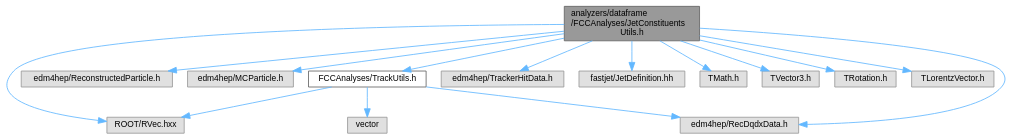
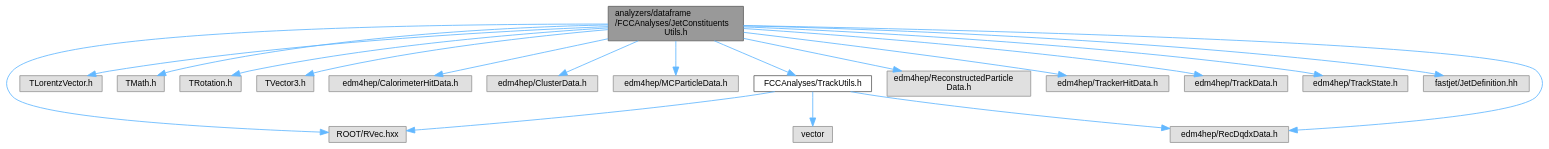
The diagram in doc/latest/JetConstituentsUtils_8h__incl.dot (HEP-FCC/FCCAnalyses), drawn with Graphviz before and after one commit. The commit also changed 11 other files, not shown here.

```diff
--- a/doc/latest/JetConstituentsUtils_8h__incl.dot
+++ b/doc/latest/JetConstituentsUtils_8h__incl.dot
@@ -1,34 +1,42 @@
 digraph "analyzers/dataframe/FCCAnalyses/JetConstituentsUtils.h"
 {
  // LATEX_PDF_SIZE
   bgcolor="transparent";
   edge [fontname=Helvetica,fontsize=10,labelfontname=Helvetica,labelfontsize=10];
   node [fontname=Helvetica,fontsize=10,shape=box,height=0.2,width=0.4];
   Node1 [id="Node000001",label="analyzers/dataframe\l/FCCAnalyses/JetConstituents\lUtils.h",height=0.2,width=0.4,color="gray40", fillcolor="grey60", style="filled", fontcolor="black",tooltip=" "];
   Node1 -> Node2 [id="edge1_Node000001_Node000002",color="steelblue1",style="solid",tooltip=" "];
   Node2 [id="Node000002",label="ROOT/RVec.hxx",height=0.2,width=0.4,color="grey60", fillcolor="#E0E0E0", style="filled",tooltip=" "];
   Node1 -> Node3 [id="edge2_Node000001_Node000003",color="steelblue1",style="solid",tooltip=" "];
-  Node3 [id="Node000003",label="edm4hep/ReconstructedParticle.h",height=0.2,width=0.4,color="grey60", fillcolor="#E0E0E0", style="filled",tooltip=" "];
+  Node3 [id="Node000003",label="TLorentzVector.h",height=0.2,width=0.4,color="grey60", fillcolor="#E0E0E0", style="filled",tooltip=" "];
   Node1 -> Node4 [id="edge3_Node000001_Node000004",color="steelblue1",style="solid",tooltip=" "];
-  Node4 [id="Node000004",label="edm4hep/MCParticle.h",height=0.2,width=0.4,color="grey60", fillcolor="#E0E0E0", style="filled",tooltip=" "];
+  Node4 [id="Node000004",label="TMath.h",height=0.2,width=0.4,color="grey60", fillcolor="#E0E0E0", style="filled",tooltip=" "];
   Node1 -> Node5 [id="edge4_Node000001_Node000005",color="steelblue1",style="solid",tooltip=" "];
-  Node5 [id="Node000005",label="edm4hep/RecDqdxData.h",height=0.2,width=0.4,color="grey60", fillcolor="#E0E0E0", style="filled",tooltip=" "];
+  Node5 [id="Node000005",label="TRotation.h",height=0.2,width=0.4,color="grey60", fillcolor="#E0E0E0", style="filled",tooltip=" "];
   Node1 -> Node6 [id="edge5_Node000001_Node000006",color="steelblue1",style="solid",tooltip=" "];
-  Node6 [id="Node000006",label="edm4hep/TrackerHitData.h",height=0.2,width=0.4,color="grey60", fillcolor="#E0E0E0", style="filled",tooltip=" "];
+  Node6 [id="Node000006",label="TVector3.h",height=0.2,width=0.4,color="grey60", fillcolor="#E0E0E0", style="filled",tooltip=" "];
   Node1 -> Node7 [id="edge6_Node000001_Node000007",color="steelblue1",style="solid",tooltip=" "];
-  Node7 [id="Node000007",label="fastjet/JetDefinition.hh",height=0.2,width=0.4,color="grey60", fillcolor="#E0E0E0", style="filled",tooltip=" "];
+  Node7 [id="Node000007",label="edm4hep/CalorimeterHitData.h",height=0.2,width=0.4,color="grey60", fillcolor="#E0E0E0", style="filled",tooltip=" "];
   Node1 -> Node8 [id="edge7_Node000001_Node000008",color="steelblue1",style="solid",tooltip=" "];
-  Node8 [id="Node000008",label="TMath.h",height=0.2,width=0.4,color="grey60", fillcolor="#E0E0E0", style="filled",tooltip=" "];
+  Node8 [id="Node000008",label="edm4hep/ClusterData.h",height=0.2,width=0.4,color="grey60", fillcolor="#E0E0E0", style="filled",tooltip=" "];
   Node1 -> Node9 [id="edge8_Node000001_Node000009",color="steelblue1",style="solid",tooltip=" "];
-  Node9 [id="Node000009",label="TVector3.h",height=0.2,width=0.4,color="grey60", fillcolor="#E0E0E0", style="filled",tooltip=" "];
+  Node9 [id="Node000009",label="edm4hep/MCParticleData.h",height=0.2,width=0.4,color="grey60", fillcolor="#E0E0E0", style="filled",tooltip=" "];
   Node1 -> Node10 [id="edge9_Node000001_Node000010",color="steelblue1",style="solid",tooltip=" "];
-  Node10 [id="Node000010",label="TRotation.h",height=0.2,width=0.4,color="grey60", fillcolor="#E0E0E0", style="filled",tooltip=" "];
+  Node10 [id="Node000010",label="edm4hep/RecDqdxData.h",height=0.2,width=0.4,color="grey60", fillcolor="#E0E0E0", style="filled",tooltip=" "];
   Node1 -> Node11 [id="edge10_Node000001_Node000011",color="steelblue1",style="solid",tooltip=" "];
-  Node11 [id="Node000011",label="TLorentzVector.h",height=0.2,width=0.4,color="grey60", fillcolor="#E0E0E0", style="filled",tooltip=" "];
+  Node11 [id="Node000011",label="edm4hep/ReconstructedParticle\lData.h",height=0.2,width=0.4,color="grey60", fillcolor="#E0E0E0", style="filled",tooltip=" "];
   Node1 -> Node12 [id="edge11_Node000001_Node000012",color="steelblue1",style="solid",tooltip=" "];
-  Node12 [id="Node000012",label="FCCAnalyses/TrackUtils.h",height=0.2,width=0.4,color="grey40", fillcolor="white", style="filled",URL="$TrackUtils_8h.html",tooltip=" "];
-  Node12 -> Node13 [id="edge12_Node000012_Node000013",color="steelblue1",style="solid",tooltip=" "];
-  Node13 [id="Node000013",label="vector",height=0.2,width=0.4,color="grey60", fillcolor="#E0E0E0", style="filled",tooltip=" "];
-  Node12 -> Node2 [id="edge13_Node000012_Node000002",color="steelblue1",style="solid",tooltip=" "];
-  Node12 -> Node5 [id="edge14_Node000012_Node000005",color="steelblue1",style="solid",tooltip=" "];
+  Node12 [id="Node000012",label="edm4hep/TrackerHitData.h",height=0.2,width=0.4,color="grey60", fillcolor="#E0E0E0", style="filled",tooltip=" "];
+  Node1 -> Node13 [id="edge12_Node000001_Node000013",color="steelblue1",style="solid",tooltip=" "];
+  Node13 [id="Node000013",label="edm4hep/TrackData.h",height=0.2,width=0.4,color="grey60", fillcolor="#E0E0E0", style="filled",tooltip=" "];
+  Node1 -> Node14 [id="edge13_Node000001_Node000014",color="steelblue1",style="solid",tooltip=" "];
+  Node14 [id="Node000014",label="edm4hep/TrackState.h",height=0.2,width=0.4,color="grey60", fillcolor="#E0E0E0", style="filled",tooltip=" "];
+  Node1 -> Node15 [id="edge14_Node000001_Node000015",color="steelblue1",style="solid",tooltip=" "];
+  Node15 [id="Node000015",label="fastjet/JetDefinition.hh",height=0.2,width=0.4,color="grey60", fillcolor="#E0E0E0", style="filled",tooltip=" "];
+  Node1 -> Node16 [id="edge15_Node000001_Node000016",color="steelblue1",style="solid",tooltip=" "];
+  Node16 [id="Node000016",label="FCCAnalyses/TrackUtils.h",height=0.2,width=0.4,color="grey40", fillcolor="white", style="filled",URL="$TrackUtils_8h.html",tooltip=" "];
+  Node16 -> Node17 [id="edge16_Node000016_Node000017",color="steelblue1",style="solid",tooltip=" "];
+  Node17 [id="Node000017",label="vector",height=0.2,width=0.4,color="grey60", fillcolor="#E0E0E0", style="filled",tooltip=" "];
+  Node16 -> Node2 [id="edge17_Node000016_Node000002",color="steelblue1",style="solid",tooltip=" "];
+  Node16 -> Node10 [id="edge18_Node000016_Node000010",color="steelblue1",style="solid",tooltip=" "];
 }
```
